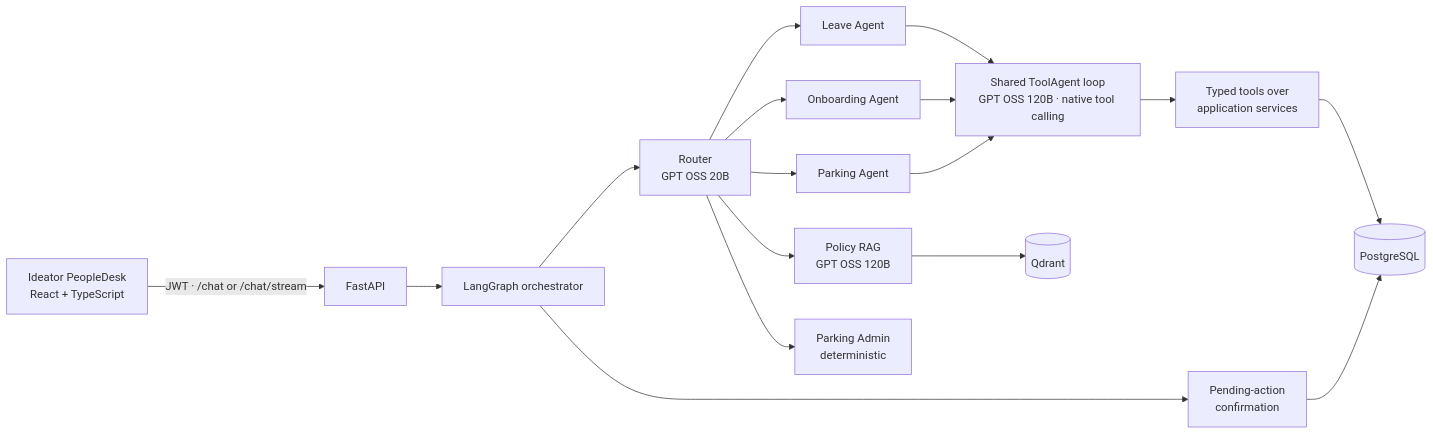
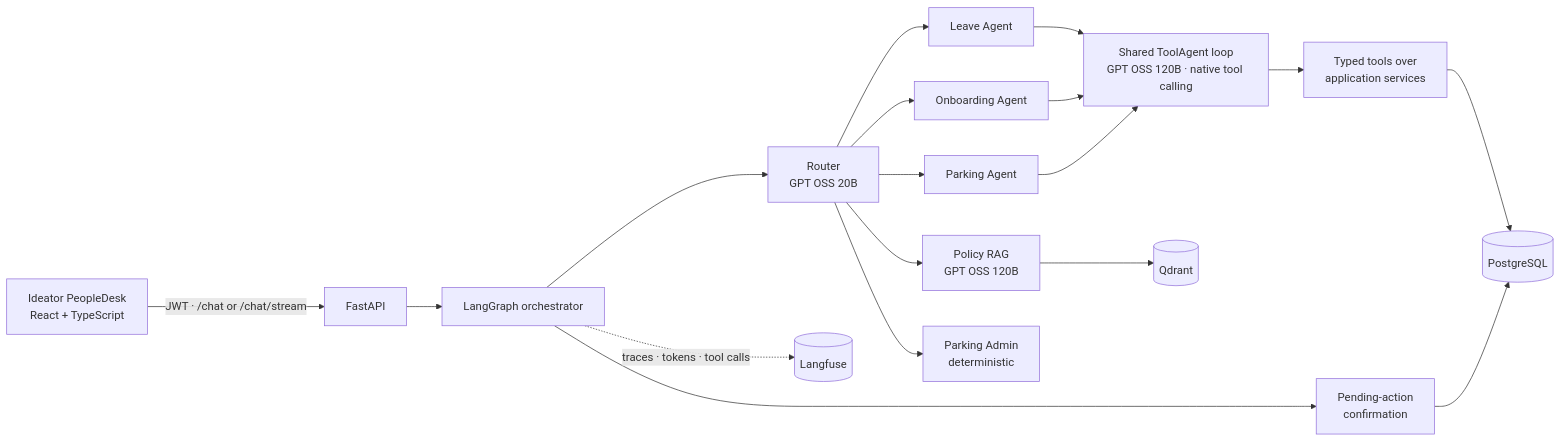
One commit to Hariharan27/Agentic-HR-Employee-Assistant changed the diagram in README.md. Above: the diagram before and after it, drawn with Mermaid. The commit also changed other lines of this file and 5 other files, not shown here.

````diff
--- a/README.md
+++ b/README.md
@@ -34,17 +47,18 @@
 ```mermaid
 flowchart LR
     UI[Ideator PeopleDesk\nReact + TypeScript] -->|JWT · /chat or /chat/stream| API[FastAPI]
     API --> GRAPH[LangGraph orchestrator]
     GRAPH --> CONFIRM[Pending-action\nconfirmation]
     GRAPH --> ROUTER[Router\nGPT OSS 20B]
     ROUTER --> POLICY[Policy RAG\nGPT OSS 120B]
     ROUTER --> LEAVE[Leave Agent]
     ROUTER --> ONB[Onboarding Agent]
     ROUTER --> PARK[Parking Agent]
     ROUTER --> PADMIN[Parking Admin\ndeterministic]
     LEAVE & ONB & PARK --> LOOP[Shared ToolAgent loop\nGPT OSS 120B · native tool calling]
     LOOP --> TOOLS[Typed tools over\napplication services]
     POLICY --> QDRANT[(Qdrant)]
     TOOLS --> POSTGRES[(PostgreSQL)]
     CONFIRM --> POSTGRES
+    GRAPH -.->|traces · tokens · tool calls| LANGFUSE[(Langfuse)]
 ```
````
